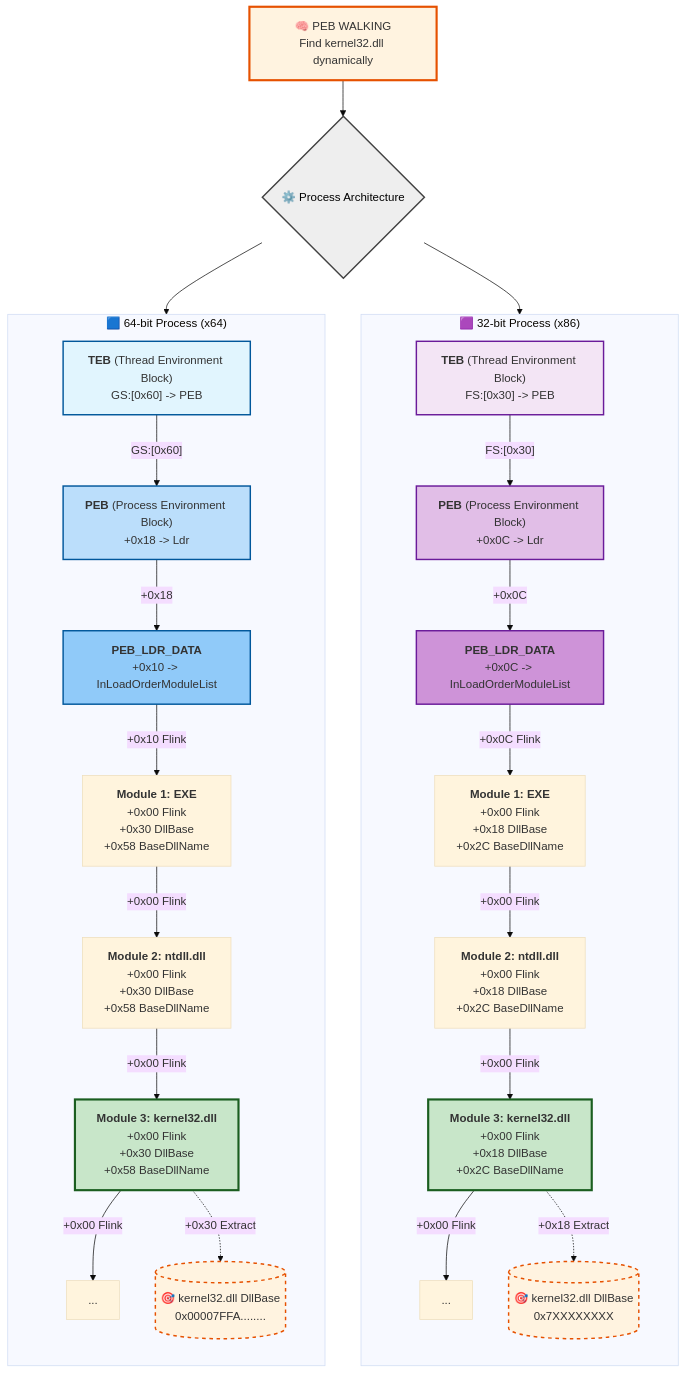
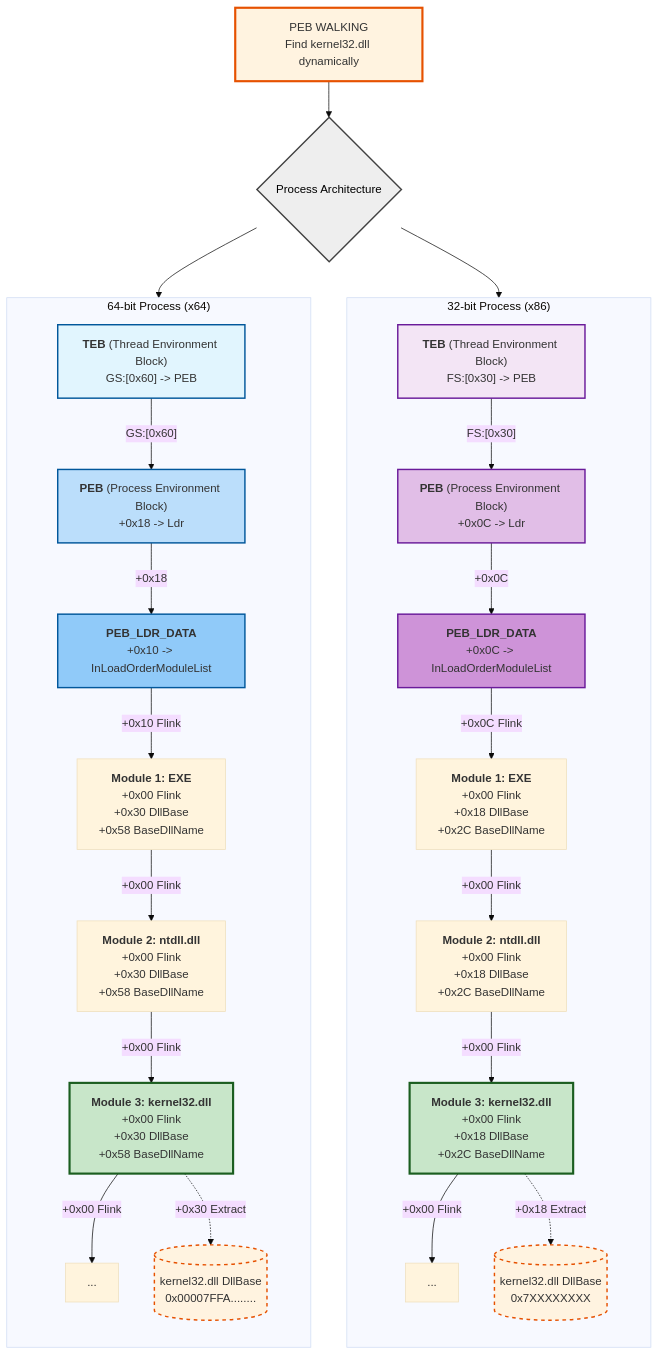
Before and after one commit to adolfcna/ATTvDEF: the second of 2 diagrams in content/Mitre Attack/Resource Development TA0042/Develop Capabilities T1587/Exploit/ShellCode/Windows x64 Assembly.md, drawn with Mermaid (base theme).

Commit message:
vault backup: 2026-10-06 22:30:06

````diff
--- a/content/Mitre Attack/Resource Development TA0042/Develop Capabilities T1587/Exploit/ShellCode/Windows x64 Assembly.md
+++ b/content/Mitre Attack/Resource Development TA0042/Develop Capabilities T1587/Exploit/ShellCode/Windows x64 Assembly.md
@@ -162,10 +162,10 @@
 ```mermaid
 flowchart TD
-    START["🧠 PEB WALKING<br/>Find kernel32.dll dynamically"]
+    START[" PEB WALKING<br/>Find kernel32.dll dynamically"]
 
     START --> ARCH
 
-    ARCH{"⚙️ Process Architecture"}
+    ARCH{" Process Architecture"}
 
     ARCH --> X64
     ARCH --> X86
@@ -173,7 +173,7 @@
     %% =========================
     %% X64
     %% =========================
-    subgraph X64["🟦 64-bit Process (x64)"]
+    subgraph X64[" 64-bit Process (x64)"]
         direction TB
 
         TEB64["<b>TEB</b> (Thread Environment Block)<br>GS:[0x60] -> PEB"]
@@ -185,7 +185,7 @@
         K3264["<b>Module 3: kernel32.dll</b><br>+0x00 Flink<br>+0x30 DllBase<br>+0x58 BaseDllName"]
         NEXT64["..."]
 
-        BASE64[("🎯 kernel32.dll DllBase<br>0x00007FFA........")]
+        BASE64[(" kernel32.dll DllBase<br>0x00007FFA........")]
 
         TEB64 -->|"GS:[0x60]"| PEB64
         PEB64 -->|"+0x18"| LDR64
@@ -201,7 +201,7 @@
     %% =========================
     %% X86
     %% =========================
-    subgraph X86["🟪 32-bit Process (x86)"]
+    subgraph X86[" 32-bit Process (x86)"]
         direction TB
 
         TEB32["<b>TEB</b> (Thread Environment Block)<br>FS:[0x30] -> PEB"]
@@ -213,7 +213,7 @@
         K3232["<b>Module 3: kernel32.dll</b><br>+0x00 Flink<br>+0x18 DllBase<br>+0x2C BaseDllName"]
         NEXT32["..."]
 
-        BASE32[("🎯 kernel32.dll DllBase<br>0x7XXXXXXXX")]
+        BASE32[(" kernel32.dll DllBase<br>0x7XXXXXXXX")]
 
         TEB32 -->|"FS:[0x30]"| PEB32
         PEB32 -->|"+0x0C"| LDR32
````
